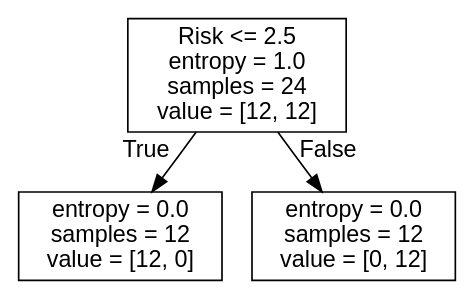
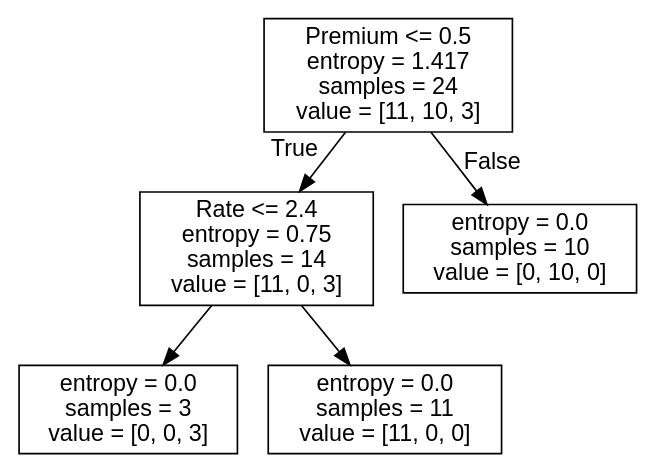
One commit to GKunc/Decision_Models changed the diagram in decision_tree.dot. Above: the diagram before and after it, drawn with Graphviz. The commit also changed 6 other files, not shown here.

```diff
--- a/decision_tree.dot
+++ b/decision_tree.dot
@@ -1,9 +1,13 @@
 digraph Tree {
 node [shape=box, fontname="helvetica"] ;
 edge [fontname="helvetica"] ;
-0 [label="Risk <= 2.5\nentropy = 1.0\nsamples = 24\nvalue = [12, 12]"] ;
-1 [label="entropy = 0.0\nsamples = 12\nvalue = [12, 0]"] ;
+0 [label="Premium <= 0.5\nentropy = 1.417\nsamples = 24\nvalue = [11, 10, 3]"] ;
+1 [label="Rate <= 2.4\nentropy = 0.75\nsamples = 14\nvalue = [11, 0, 3]"] ;
 0 -> 1 [labeldistance=2.5, labelangle=45, headlabel="True"] ;
-2 [label="entropy = 0.0\nsamples = 12\nvalue = [0, 12]"] ;
-0 -> 2 [labeldistance=2.5, labelangle=-45, headlabel="False"] ;
+2 [label="entropy = 0.0\nsamples = 3\nvalue = [0, 0, 3]"] ;
+1 -> 2 ;
+3 [label="entropy = 0.0\nsamples = 11\nvalue = [11, 0, 0]"] ;
+1 -> 3 ;
+4 [label="entropy = 0.0\nsamples = 10\nvalue = [0, 10, 0]"] ;
+0 -> 4 [labeldistance=2.5, labelangle=-45, headlabel="False"] ;
 }
```
